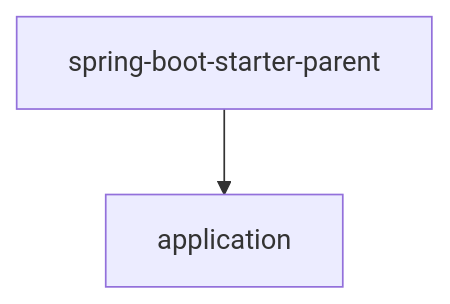
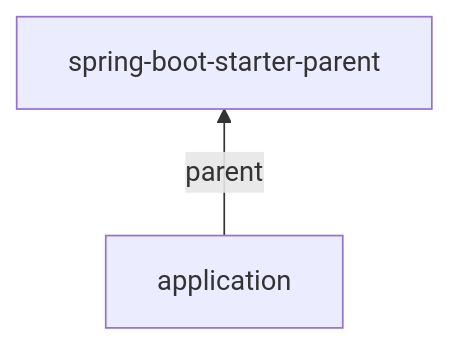
One commit to IAAA-Lab/maven-corporate-pom changed the fifth of 9 diagrams in README.md. Above: the diagram before and after it, drawn with Mermaid. The commit also changed other lines of this file and 10 other files, not shown here.

````diff
--- a/README.md
+++ b/README.md
@@ -234,6 +242,6 @@
 ```mermaid
-flowchart TD
+flowchart BT
     bootParent["spring-boot-starter-parent"]
     app["application"]
-    bootParent --> app
+    app -->|"parent"| bootParent
 ```
````
